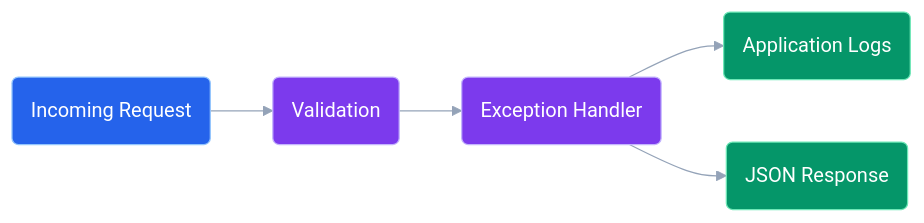
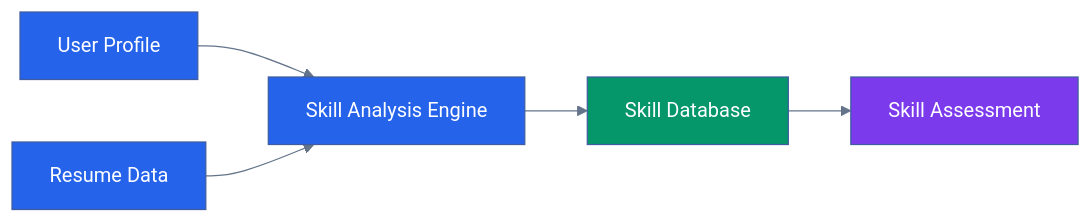
Before and after one commit to kupiMZS/CareerIQ-AI: diagram 18 of 28 in documentation/06-backend-development-plan.md, drawn with Mermaid. The commit also changed other lines of this file and 9 other files, not shown here.

Commit message:
docs: finalize complete system documentation and architecture foundation

````diff
--- a/documentation/06-backend-development-plan.md
+++ b/documentation/06-backend-development-plan.md
@@ -2217,54 +2306,54 @@
 ```mermaid
 %%{init:{
-'theme':'base',
-'themeVariables':{
-'fontFamily':'Inter',
-'lineColor':'#94A3B8'
+"theme":"base",
+"themeVariables":{
+"primaryColor":"#2563EB",
+"primaryTextColor":"#FFFFFF",
+"lineColor":"#64748B"
 }
 }}%%
 
 
 flowchart LR
 
 
-REQUEST("Incoming Request")
+PROFILE["User Profile"]
 
 
-VALIDATION("Validation")
+RESUME["Resume Data"]
 
 
-EXCEPTION("Exception Handler")
+ENGINE["Skill Analysis Engine"]
 
 
-LOG("Application Logs")
+DATABASE["Skill Database"]
 
 
-RESPONSE("JSON Response")
+RESULT["Skill Assessment"]
 
 
 
-REQUEST --> VALIDATION
+PROFILE --> ENGINE
 
-VALIDATION --> EXCEPTION
+RESUME --> ENGINE
 
-EXCEPTION --> LOG
+ENGINE --> DATABASE
 
-EXCEPTION --> RESPONSE
+DATABASE --> RESULT
 
 
 
-classDef request fill:#2563EB,stroke:#93C5FD,color:#FFFFFF;
+classDef backend fill:#2563EB,color:white;
 
-classDef backend fill:#7C3AED,stroke:#C4B5FD,color:#FFFFFF;
+classDef database fill:#059669,color:white;
 
-classDef output fill:#059669,stroke:#6EE7B7,color:#FFFFFF;
+classDef output fill:#7C3AED,color:white;
 
 
+class PROFILE,RESUME,ENGINE backend;
 
-class REQUEST request;
+class DATABASE database;
 
-class VALIDATION,EXCEPTION backend;
-
-class LOG,RESPONSE output;
+class RESULT output;
 
 ```
````
